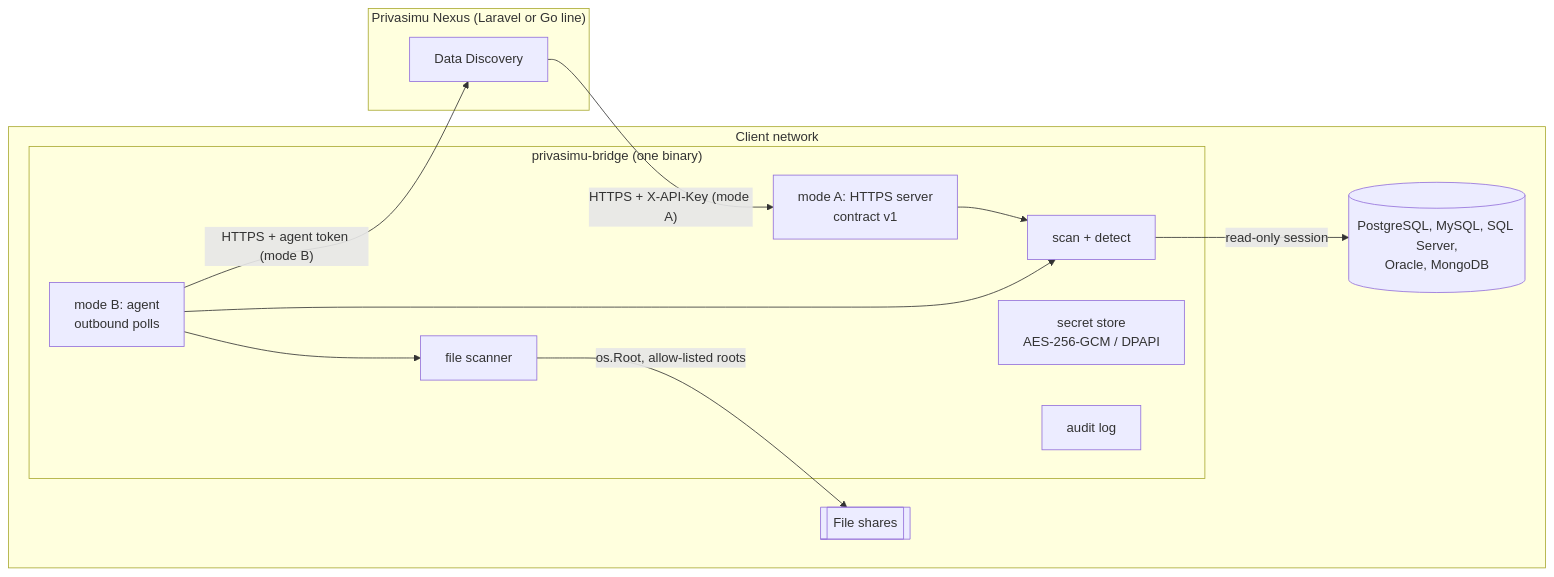
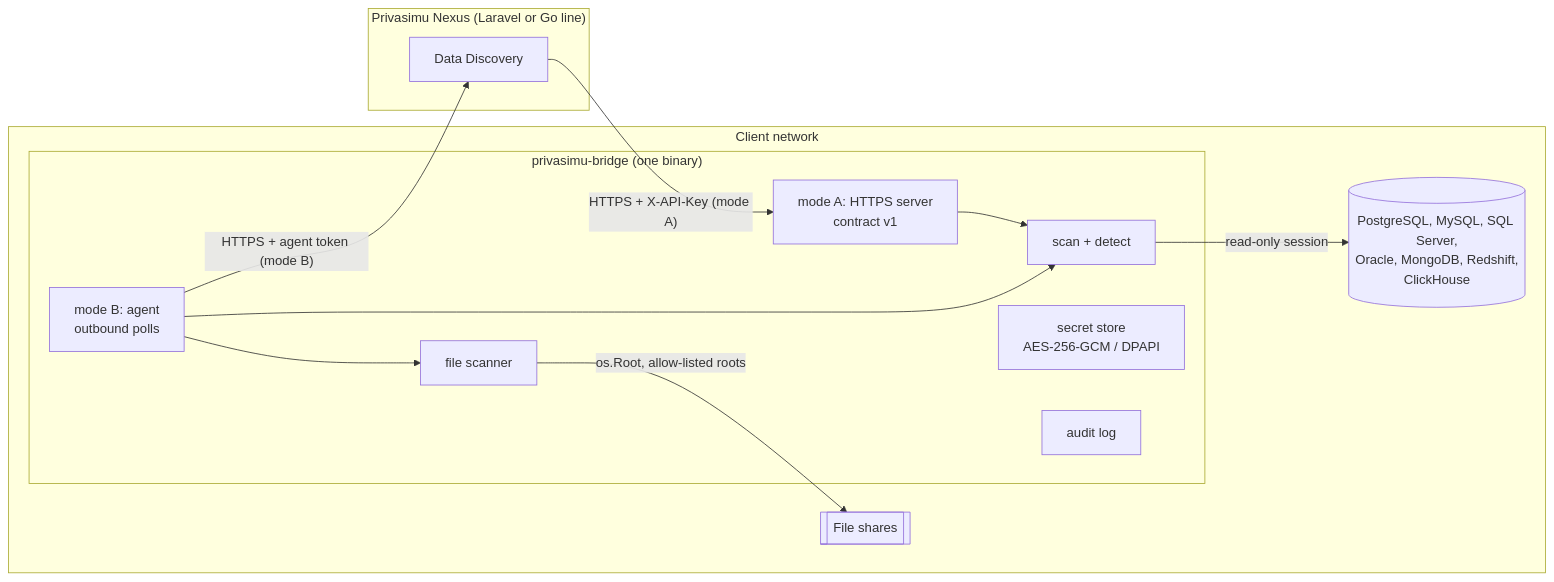
The diagram in docs/DESIGN.md (Privasimu/privasimu-bridge), drawn with Mermaid before and after one commit. The commit also changed other lines of this file and 4 other files, not shown here.

First line of the commit message:
docs: Redshift and ClickHouse in the guides, agent protocol revision 4 proposal

````diff
--- a/docs/DESIGN.md
+++ b/docs/DESIGN.md
@@ -99,25 +100,25 @@
 ```mermaid
 flowchart LR
   subgraph Platform["Privasimu Nexus (Laravel or Go line)"]
     DD[Data Discovery]
   end
   subgraph Client["Client network"]
     subgraph B["privasimu-bridge (one binary)"]
       A["mode A: HTTPS server<br/>contract v1"]
       M["mode B: agent<br/>outbound polls"]
       S[scan + detect]
       F[file scanner]
       SEC["secret store<br/>AES-256-GCM / DPAPI"]
       AU[audit log]
     end
-    DB[(PostgreSQL, MySQL, SQL Server,<br/>Oracle, MongoDB)]
+    DB[(PostgreSQL, MySQL, SQL Server,<br/>Oracle, MongoDB, Redshift,<br/>ClickHouse)]
     FS[[File shares]]
   end
   DD -- "HTTPS + X-API-Key (mode A)" --> A
   M -- "HTTPS + agent token (mode B)" --> DD
   A --> S
   M --> S
   M --> F
   S -- "read-only session" --> DB
   F -- "os.Root, allow-listed roots" --> FS
 ```
````
